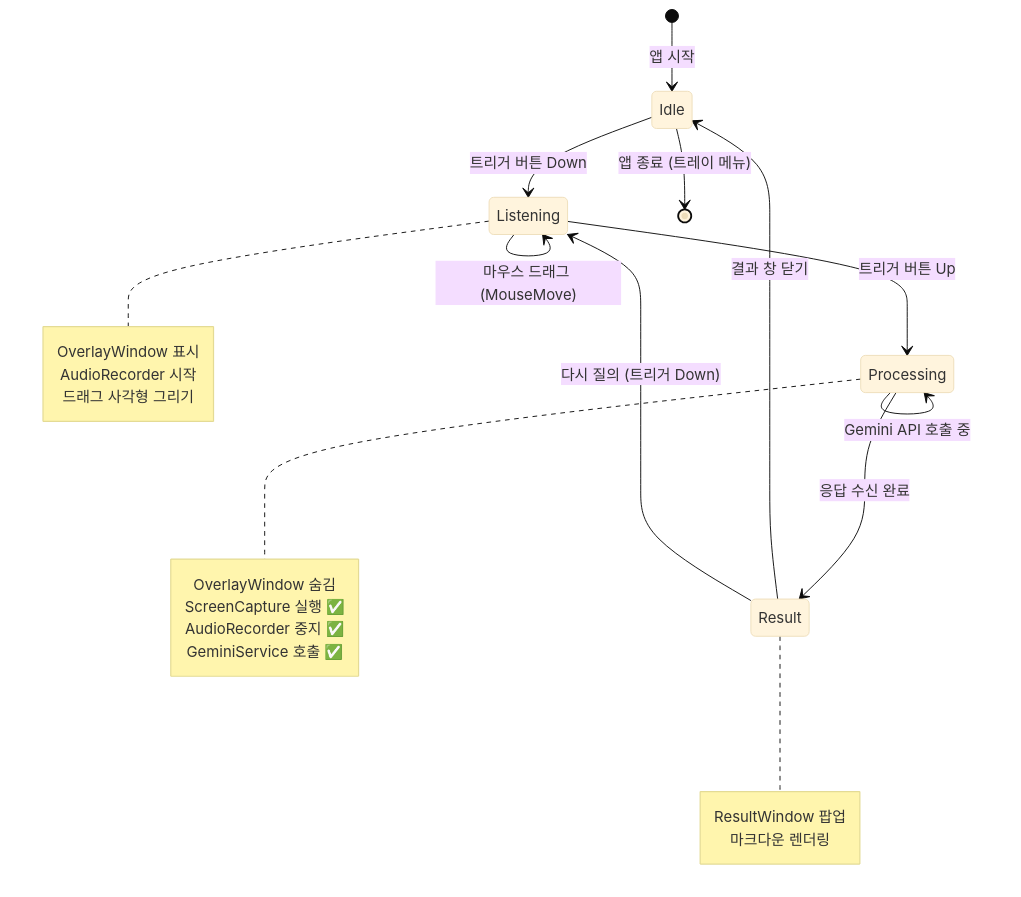
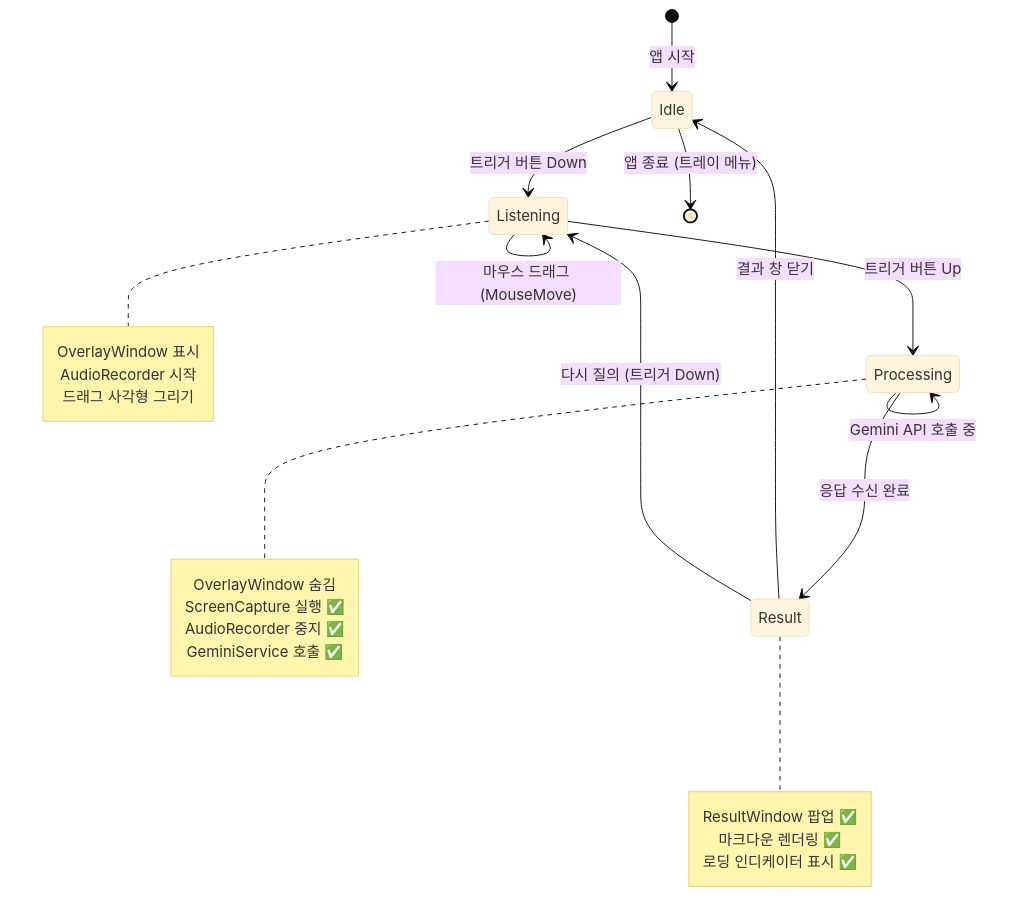
One commit to dreamwars99/AI_mouse changed the fourth of 4 diagrams in md/Architecture.md. Above: the diagram before and after it, drawn with Mermaid (base theme). The commit also changed other lines of this file and 10 other files, not shown here.

First line of the commit message:
Phase 4.1 완료 - 결과 뷰어(ResultWindow) 및 마크다운 렌더링 구현 (14차)

````diff
--- a/md/Architecture.md
+++ b/md/Architecture.md
@@ -217,35 +228,36 @@
 ```mermaid
 stateDiagram-v2
     [*] --> Idle: 앱 시작
     
     Idle --> Listening: 트리거 버튼 Down
     Listening --> Listening: 마우스 드래그 (MouseMove)
     Listening --> Processing: 트리거 버튼 Up
     
     Processing --> Processing: 캡처/녹음 완료 대기
     Processing --> Processing: Gemini API 호출 중
     Processing --> Result: 응답 수신 완료
     
     Result --> Idle: 결과 창 닫기
     Result --> Listening: 다시 질의 (트리거 Down)
     
     Idle --> [*]: 앱 종료 (트레이 메뉴)
     
     note right of Listening
         OverlayWindow 표시
         AudioRecorder 시작
         드래그 사각형 그리기
     end note
     
     note right of Processing
         OverlayWindow 숨김
         ScreenCapture 실행 ✅
         AudioRecorder 중지 ✅
         GeminiService 호출 ✅
     end note
     
     note right of Result
-        ResultWindow 팝업
-        마크다운 렌더링
+        ResultWindow 팝업 ✅
+        마크다운 렌더링 ✅
+        로딩 인디케이터 표시 ✅
     end note
 ```
````
